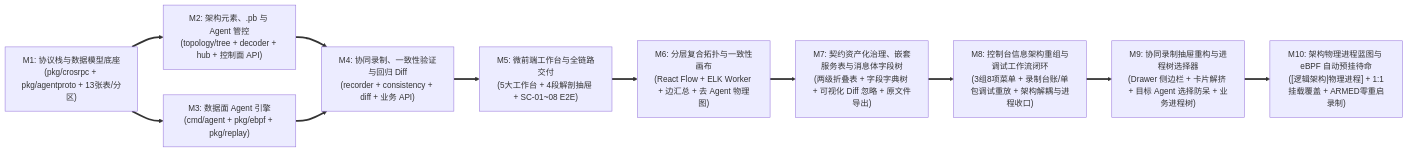
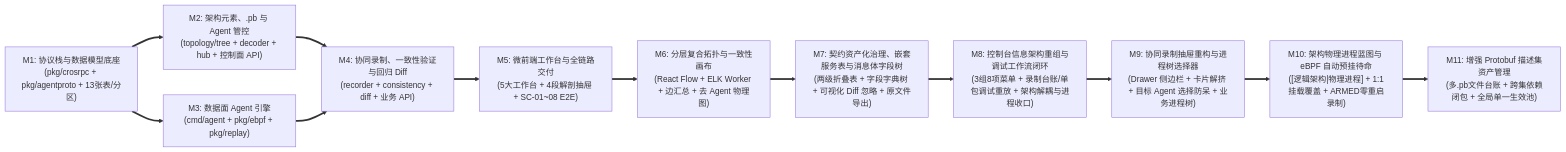
Before and after one commit to fugui/code-traefik: the diagram in docs/04-tasks/01-roadmap.md, drawn with Mermaid. The commit also changed other lines of this file and 8 other files, not shown here.

````diff
--- a/docs/04-tasks/01-roadmap.md
+++ b/docs/04-tasks/01-roadmap.md
@@ -26,24 +26,26 @@
 ```mermaid
 flowchart LR
     M1["M1: 协议栈与数据模型底座<br/>(pkg/crosrpc + pkg/agentproto + 13张表/分区)"]
     M2["M2: 架构元素、.pb 与 Agent 管控<br/>(topology/tree + decoder + hub + 控制面 API)"]
     M3["M3: 数据面 Agent 引擎<br/>(cmd/agent + pkg/ebpf + pkg/replay)"]
     M4["M4: 协同录制、一致性验证与回归 Diff<br/>(recorder + consistency + diff + 业务 API)"]
     M5["M5: 微前端工作台与全链路交付<br/>(5大工作台 + 4段解剖抽屉 + SC-01~08 E2E)"]
 
     M1 ==> M2
     M1 ==> M3
     M2 ==> M4
     M3 ==> M4
     M4 ==> M5
     M5 ==> M6
     M6 ==> M7
     M7 ==> M8
     M8 ==> M9
     M9 ==> M10
+    M10 ==> M11
     M6["M6: 分层复合拓扑与一致性画布<br/>(React Flow + ELK Worker + 边汇总 + 去 Agent 物理图)"]
     M7["M7: 契约资产化治理、嵌套服务表与消息体字段树<br/>(两级折叠表 + 字段字典树 + 可视化 Diff 忽略 + 原文件导出)"]
     M8["M8: 控制台信息架构重组与调试工作流闭环<br/>(3组8项菜单 + 录制台账/单包调试重放 + 架构解耦与进程收口)"]
     M9["M9: 协同录制抽屉重构与进程树选择器<br/>(Drawer 侧边栏 + 卡片解挤 + 目标 Agent 选择防呆 + 业务进程树)"]
     M10["M10: 架构物理进程蓝图与 eBPF 自动预挂待命<br/>([逻辑架构|物理进程] + 1:1挂载覆盖 + ARMED零重启录制)"]
+    M11["M11: 增强 Protobuf 描述集资产管理<br/>(多.pb文件台账 + 跨集依赖闭包 + 全局单一生效池)"]
 ```
````
